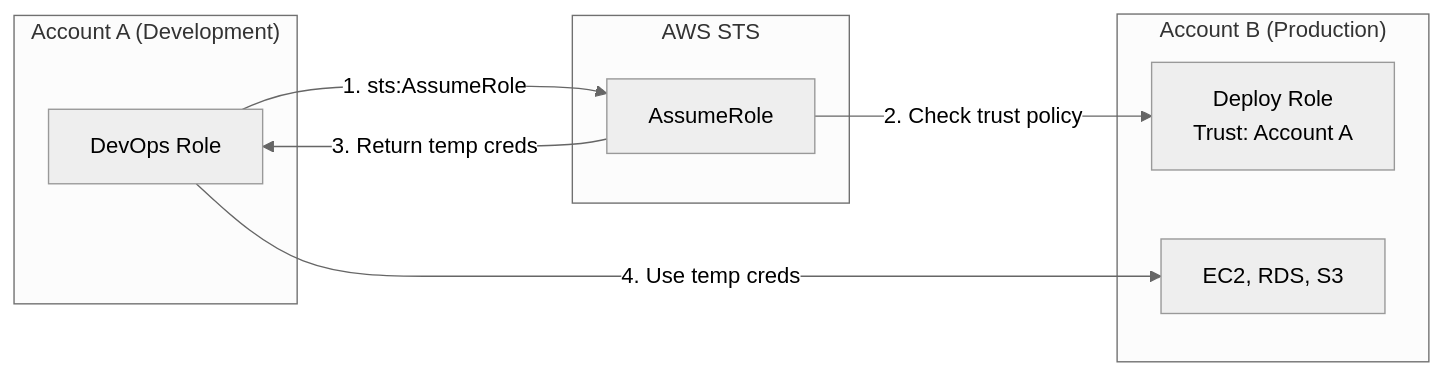
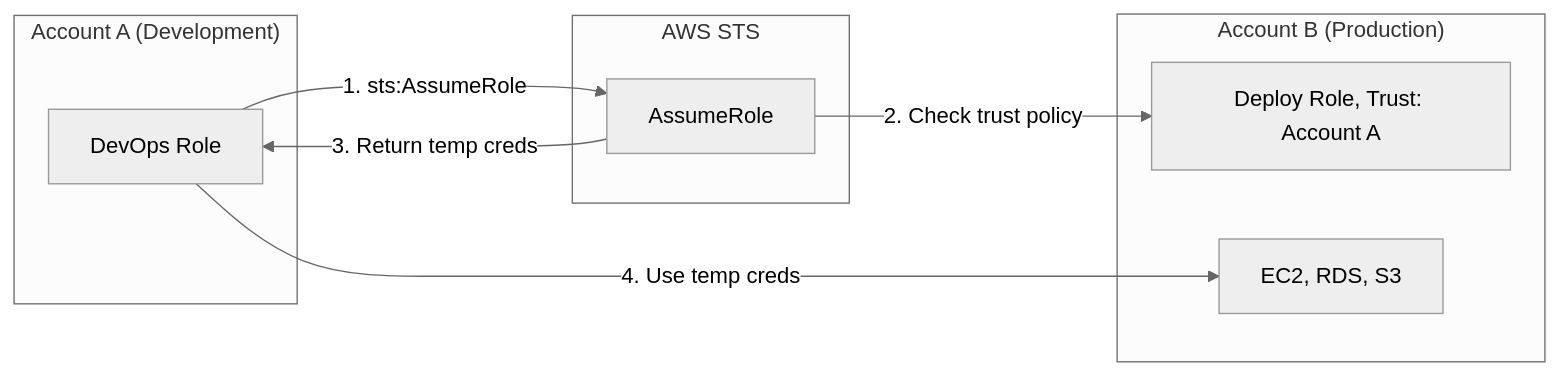
Before and after one commit to DeeptiShuklaProject/Uday_AWS: the first of 2 diagrams in Chapter_23_AWS_STS.md, drawn with Mermaid (neutral theme). The commit also changed other lines of this file and 34 other files, not shown here.

Commit message:
Fix mermaid diagrams syntax across all chapters (quote labels and remove HTML)

````diff
--- a/Chapter_23_AWS_STS.md
+++ b/Chapter_23_AWS_STS.md
@@ -173,20 +173,20 @@
 ```mermaid
 flowchart LR
     subgraph AccountA["Account A (Development)"]
         DevOps[DevOps Role]
     end
     
     subgraph STS_Service["AWS STS"]
         STS[AssumeRole]
     end
     
     subgraph AccountB["Account B (Production)"]
-        DeployRole[Deploy Role<br>Trust: Account A]
+        DeployRole["Deploy Role, Trust: Account A"]
         Resources[EC2, RDS, S3]
     end
     
     DevOps -->|1. sts:AssumeRole| STS
     STS -->|2. Check trust policy| DeployRole
     STS -->|3. Return temp creds| DevOps
     DevOps -->|4. Use temp creds| Resources
 ```
````
